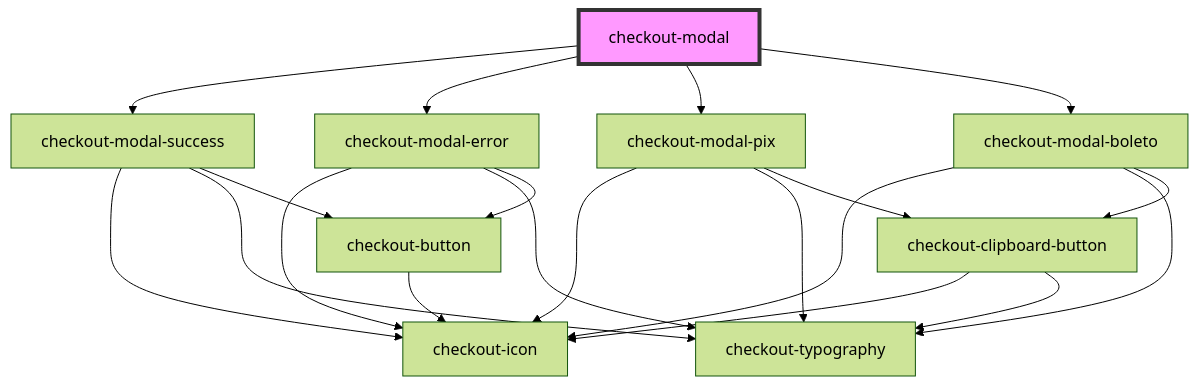
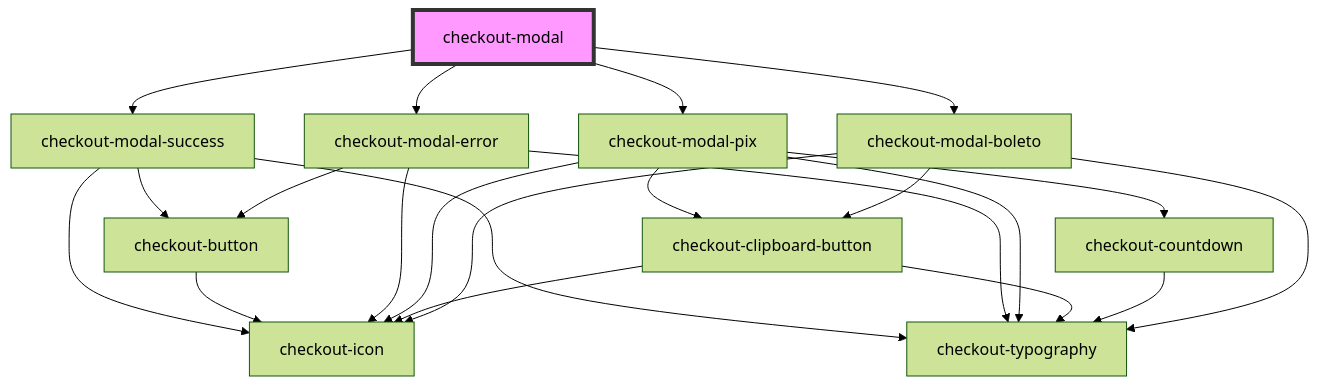
Before and after one commit to plughacker/malga-checkout: the diagram in packages/common/src/components/checkout-modal/readme.md, drawn with Mermaid (forest theme). The commit also changed 3 other files, not shown here.

````diff
--- a/packages/common/src/components/checkout-modal/readme.md
+++ b/packages/common/src/components/checkout-modal/readme.md
@@ -41,23 +41,25 @@
 ```mermaid
 graph TD;
   checkout-modal --> checkout-modal-success
   checkout-modal --> checkout-modal-error
   checkout-modal --> checkout-modal-pix
   checkout-modal --> checkout-modal-boleto
   checkout-modal-success --> checkout-icon
   checkout-modal-success --> checkout-typography
   checkout-modal-success --> checkout-button
   checkout-button --> checkout-icon
   checkout-modal-error --> checkout-icon
   checkout-modal-error --> checkout-typography
   checkout-modal-error --> checkout-button
   checkout-modal-pix --> checkout-icon
   checkout-modal-pix --> checkout-typography
   checkout-modal-pix --> checkout-clipboard-button
+  checkout-modal-pix --> checkout-countdown
   checkout-clipboard-button --> checkout-icon
   checkout-clipboard-button --> checkout-typography
+  checkout-countdown --> checkout-typography
   checkout-modal-boleto --> checkout-icon
   checkout-modal-boleto --> checkout-typography
   checkout-modal-boleto --> checkout-clipboard-button
   style checkout-modal fill:#f9f,stroke:#333,stroke-width:4px
 ```
````
